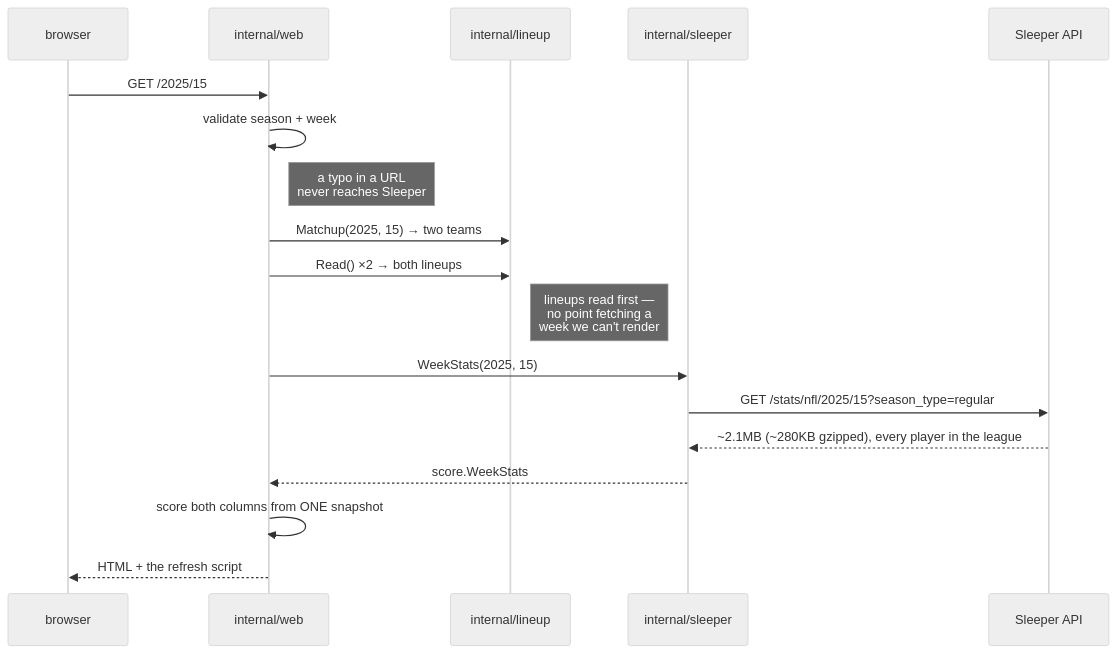
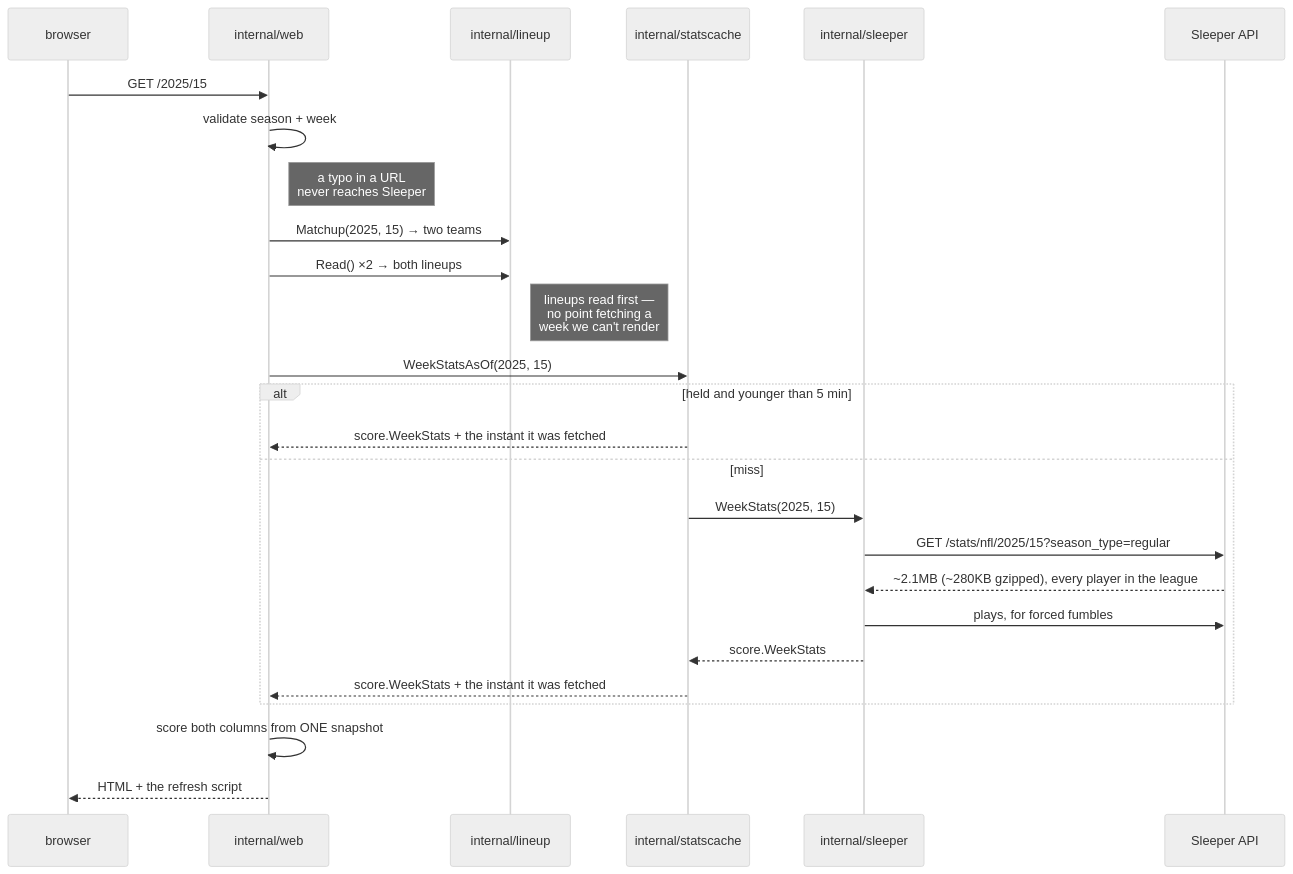
Before and after one commit to eshifrin-606/bojjaes: the fifth of 9 diagrams in docs/architecture.md, drawn with Mermaid (neutral theme). The commit also changed other lines of this file and 18 other files, not shown here.

````diff
--- a/docs/architecture.md
+++ b/docs/architecture.md
@@ -85,21 +149,29 @@
 ```mermaid
 sequenceDiagram
     participant B as browser
     participant W as internal/web
     participant R as internal/lineup
+    participant C as internal/statscache
     participant S as internal/sleeper
     participant X as Sleeper API
 
     B->>W: GET /2025/15
     W->>W: validate season + week
     Note right of W: a typo in a URL<br/>never reaches Sleeper
     W->>R: Matchup(2025, 15) → two teams
     W->>R: Read() ×2 → both lineups
     Note right of R: lineups read first —<br/>no point fetching a<br/>week we can't render
-    W->>S: WeekStats(2025, 15)
-    S->>X: GET /stats/nfl/2025/15?season_type=regular
-    X-->>S: ~2.1MB (~280KB gzipped), every player in the league
-    S-->>W: score.WeekStats
+    W->>C: WeekStatsAsOf(2025, 15)
+    alt held and younger than 5 min
+        C-->>W: score.WeekStats + the instant it was fetched
+    else miss
+        C->>S: WeekStats(2025, 15)
+        S->>X: GET /stats/nfl/2025/15?season_type=regular
+        X-->>S: ~2.1MB (~280KB gzipped), every player in the league
+        S->>X: plays, for forced fumbles
+        S-->>C: score.WeekStats
+        C-->>W: score.WeekStats + the instant it was fetched
+    end
     W->>W: score both columns from ONE snapshot
     W-->>B: HTML + the refresh script
 ```
````
